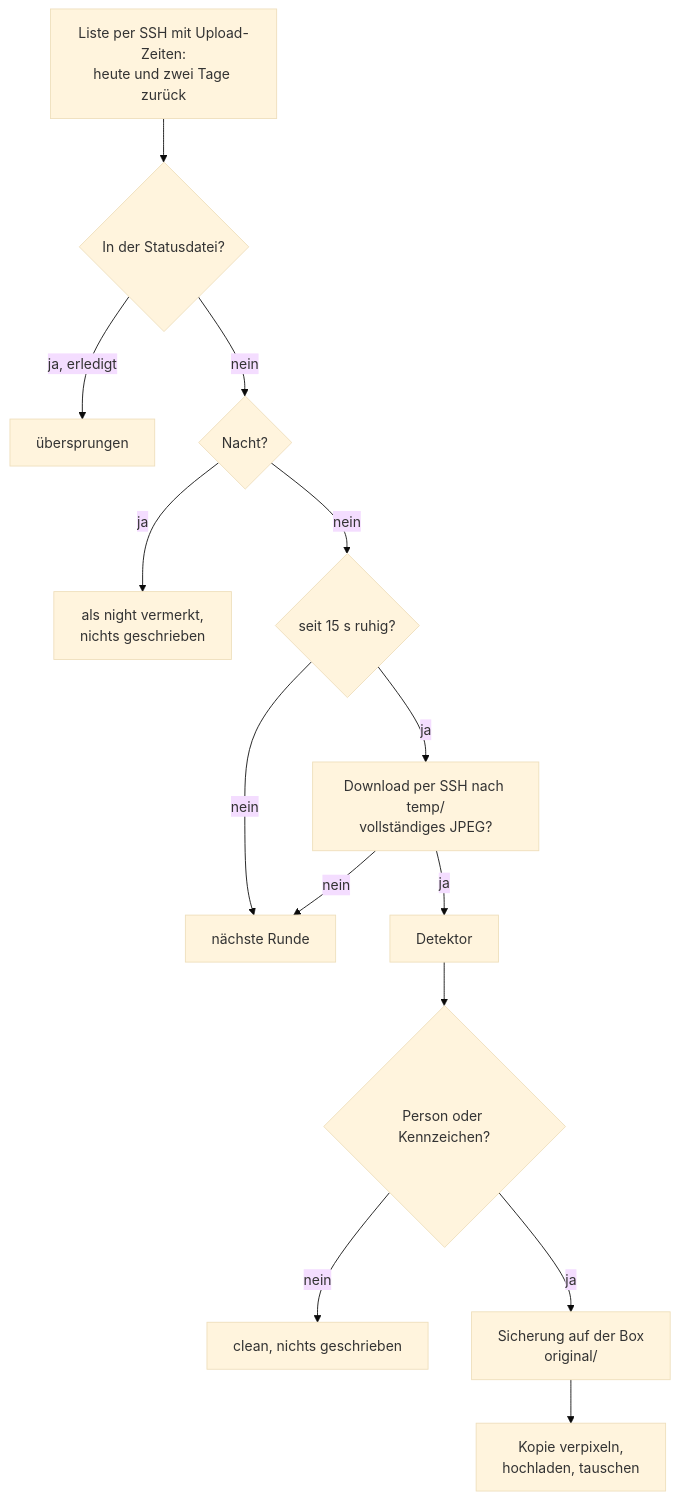
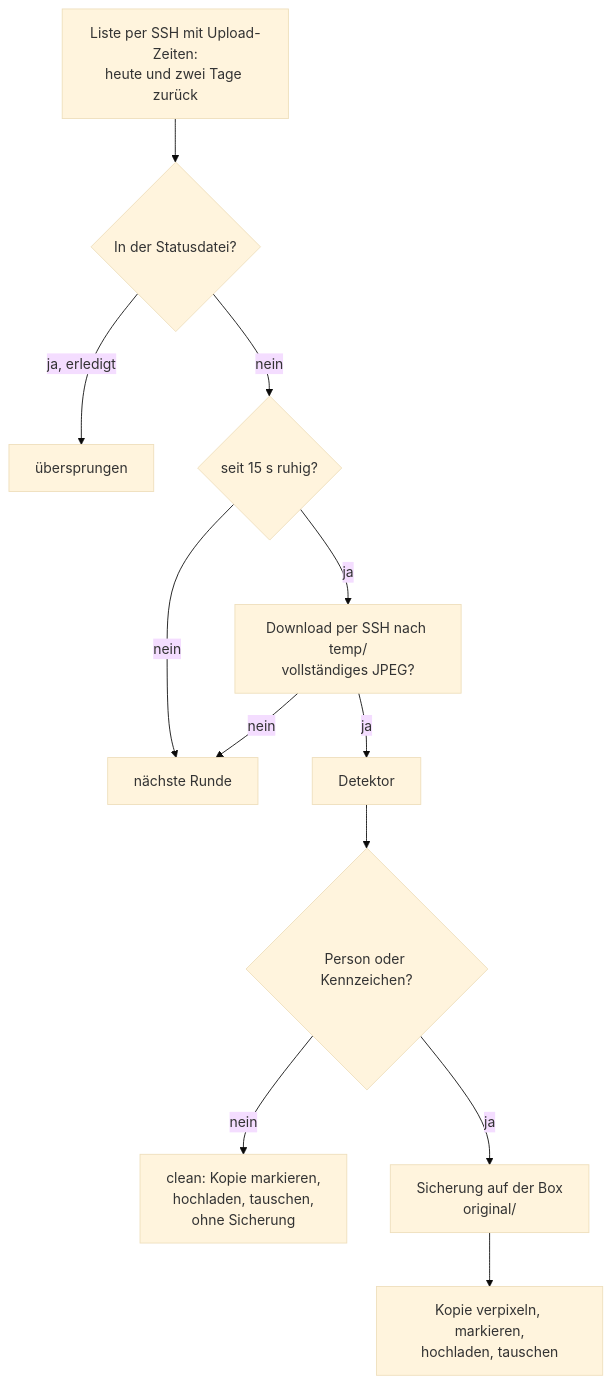
The diagram in docs/verpixelung-box.md (funktion5/Zeitraffer), drawn with Mermaid (base theme) before and after one commit. The commit also changed other lines of this file, not shown here.

````diff
--- a/docs/verpixelung-box.md
+++ b/docs/verpixelung-box.md
@@ -24,16 +25,14 @@
 ```mermaid
 flowchart TD
     L[Liste per SSH mit Upload-Zeiten:<br/>heute und zwei Tage zurück] --> S{In der Statusdatei?}
     S -- ja, erledigt --> X[übersprungen]
-    S -- nein --> N{Nacht?}
-    N -- ja --> NR[als night vermerkt,<br/>nichts geschrieben]
-    N -- nein --> R{seit 15 s ruhig?}
+    S -- nein --> R{seit 15 s ruhig?}
     R -- nein --> W[nächste Runde]
     R -- ja --> K[Download per SSH nach temp/<br/>vollständiges JPEG?]
     K -- nein --> W
     K -- ja --> D[Detektor]
     D --> P{Person oder Kennzeichen?}
-    P -- nein --> C[clean, nichts geschrieben]
+    P -- nein --> C[clean: Kopie markieren,<br/>hochladen, tauschen,<br/>ohne Sicherung]
     P -- ja --> B[Sicherung auf der Box<br/>original/]
-    B --> V[Kopie verpixeln,<br/>hochladen, tauschen]
+    B --> V[Kopie verpixeln, markieren,<br/>hochladen, tauschen]
 ```
````
